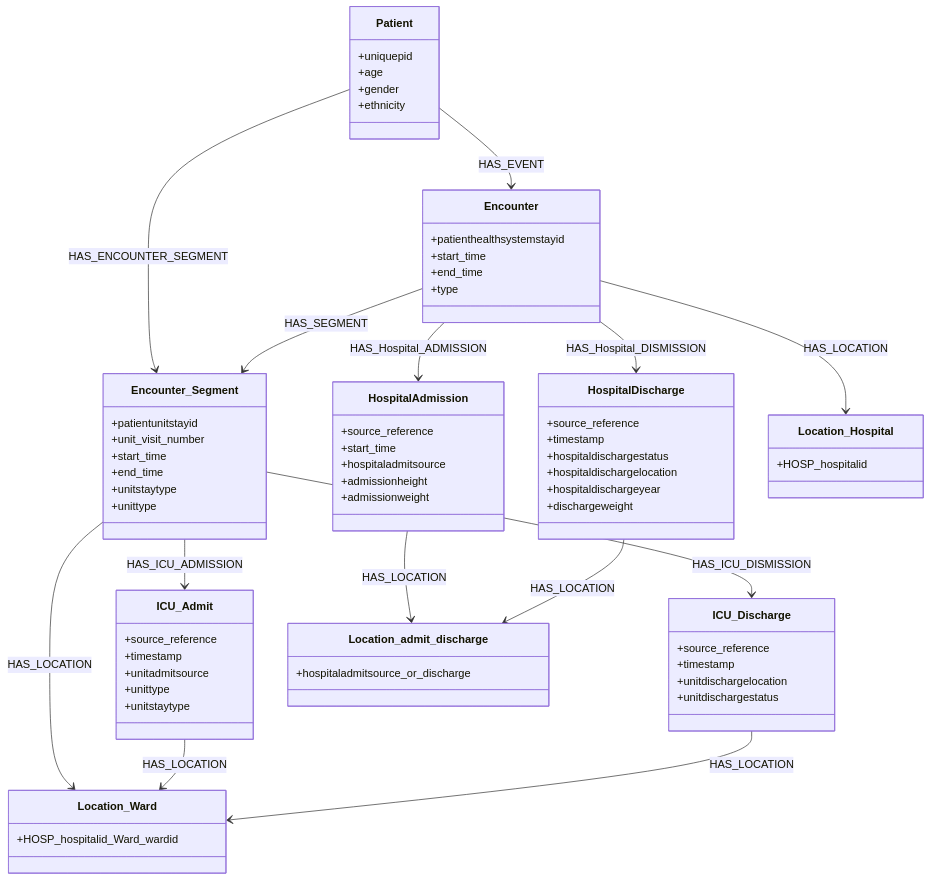
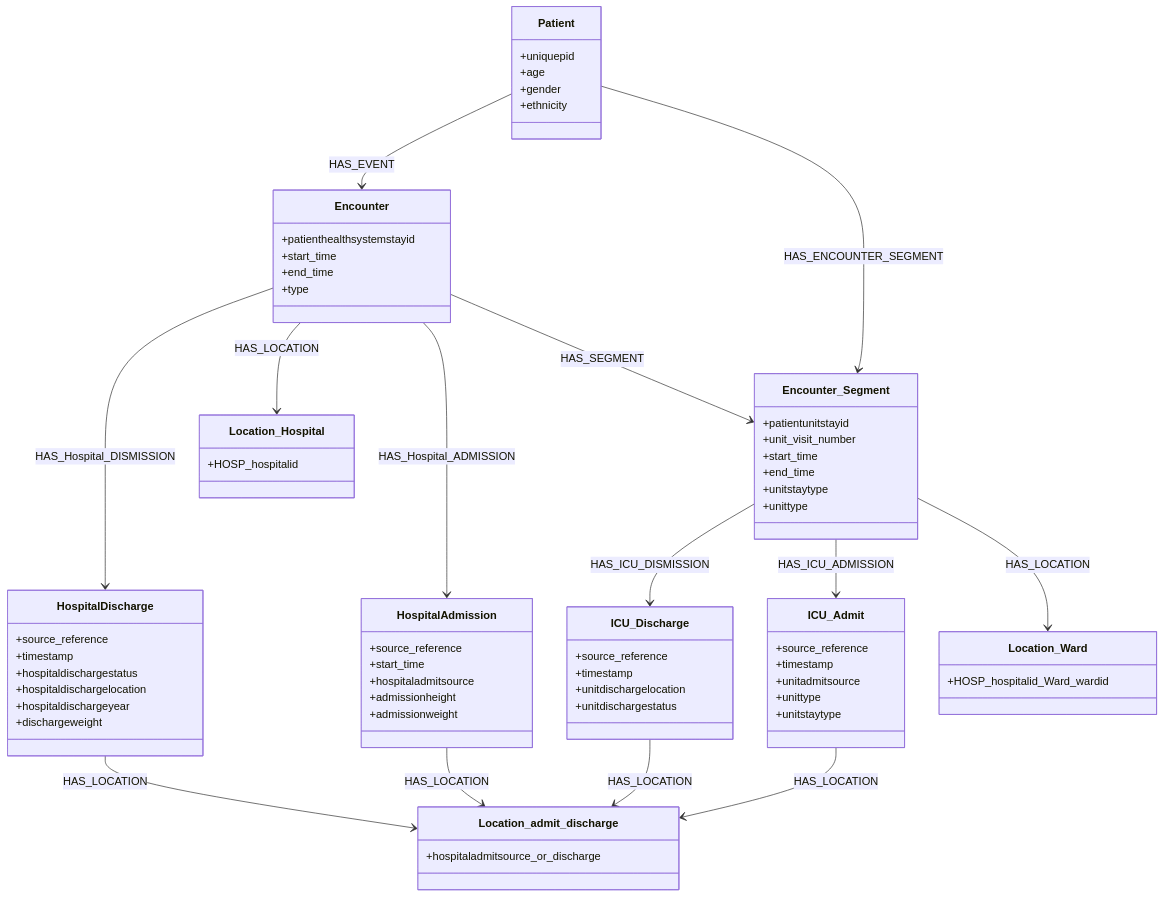
Before and after one commit to BecksFedeUniPr/eICU_mapping: the diagram in README.md, drawn with Mermaid.

```diff
--- a/README.md
+++ b/README.md
@@ -109,8 +109,8 @@
     Encounter --> Location_Hospital : HAS_LOCATION
     Encounter_Segment --> Location_Ward : HAS_LOCATION
     
-    ICU_Admit --> Location_Ward : HAS_LOCATION
-    ICU_Discharge --> Location_Ward : HAS_LOCATION
+    ICU_Admit --> Location_admit_discharge : HAS_LOCATION
+    ICU_Discharge --> Location_admit_discharge : HAS_LOCATION
     
     HospitalAdmission --> Location_admit_discharge : HAS_LOCATION
     HospitalDischarge --> Location_admit_discharge : HAS_LOCATION
```
